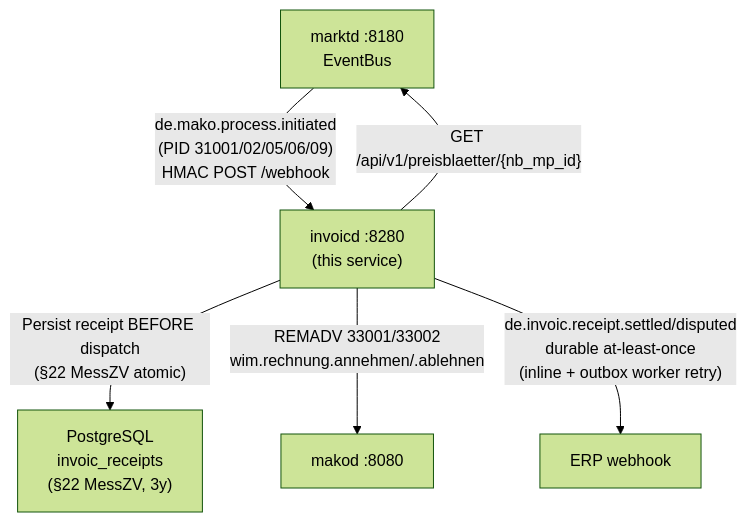
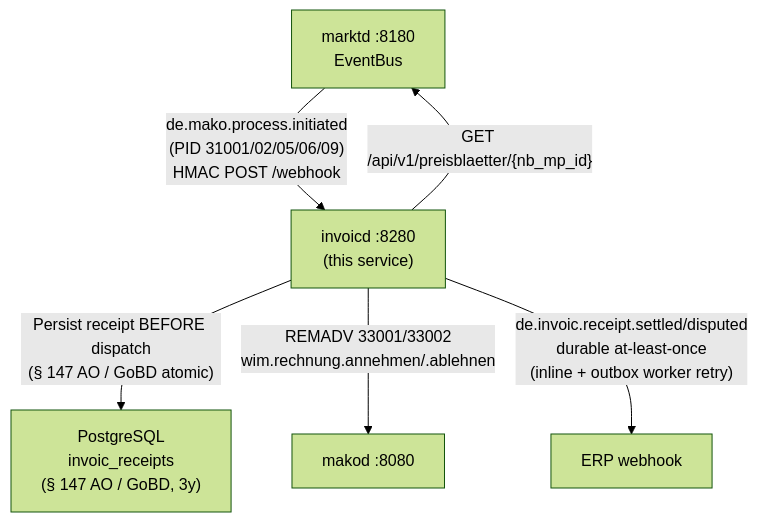
One commit to hupe1980/mako changed the first of 2 diagrams in docs/invoicd.md. Above: the diagram before and after it, drawn with Mermaid (forest theme). The commit also changed other lines of this file and 118 other files, not shown here.

````diff
--- a/docs/invoicd.md
+++ b/docs/invoicd.md
@@ -24,13 +24,13 @@
 ```mermaid
 graph TB
     marktd["marktd :8180\nEventBus"]
     invoicd["invoicd :8280\n(this service)"]
     makod["makod :8080"]
-    pg["PostgreSQL\ninvoic_receipts\n(§22 MessZV, 3y)"]
+    pg["PostgreSQL\ninvoic_receipts\n(§ 147 AO / GoBD, 3y)"]
 
     marktd -->|"de.mako.process.initiated\n(PID 31001/02/05/06/09)\nHMAC POST /webhook"| invoicd
     invoicd -->|"GET /api/v1/preisblaetter/{nb_mp_id}"| marktd
-    invoicd -->|"Persist receipt BEFORE dispatch\n(§22 MessZV atomic)"| pg
+    invoicd -->|"Persist receipt BEFORE dispatch\n(§ 147 AO / GoBD atomic)"| pg
     invoicd -->|"REMADV 33001/33002\nwim.rechnung.annehmen/.ablehnen"| makod
     invoicd -->|"de.invoic.receipt.settled/disputed\ndurable at-least-once\n(inline + outbox worker retry)"| erp["ERP webhook"]
 ```
````
